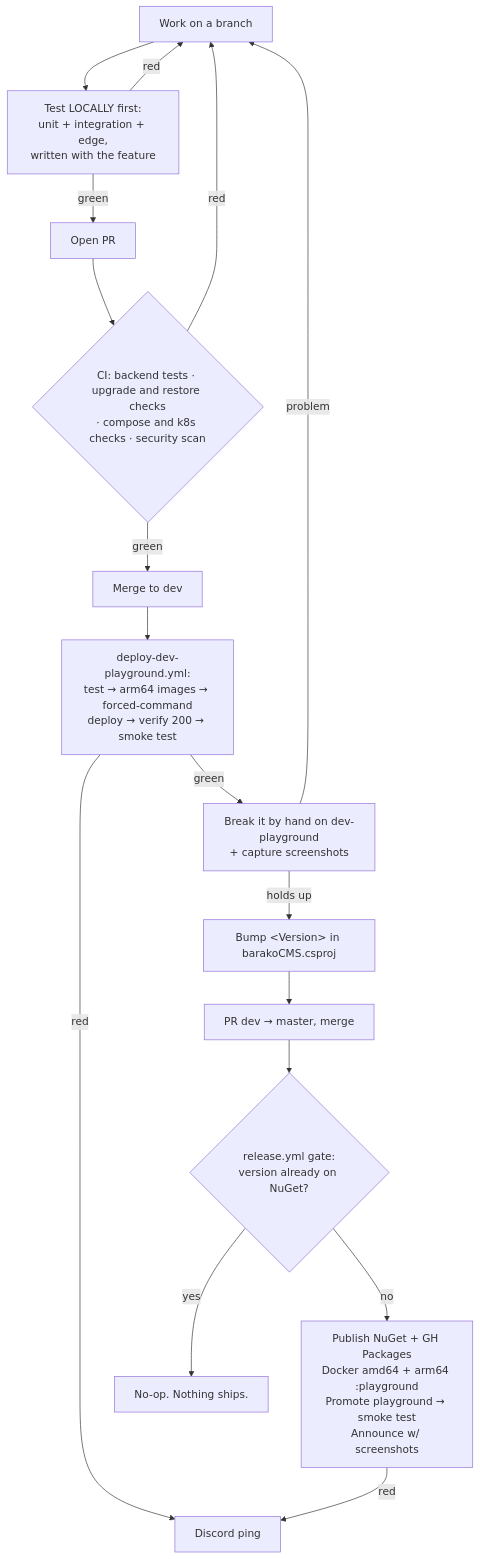
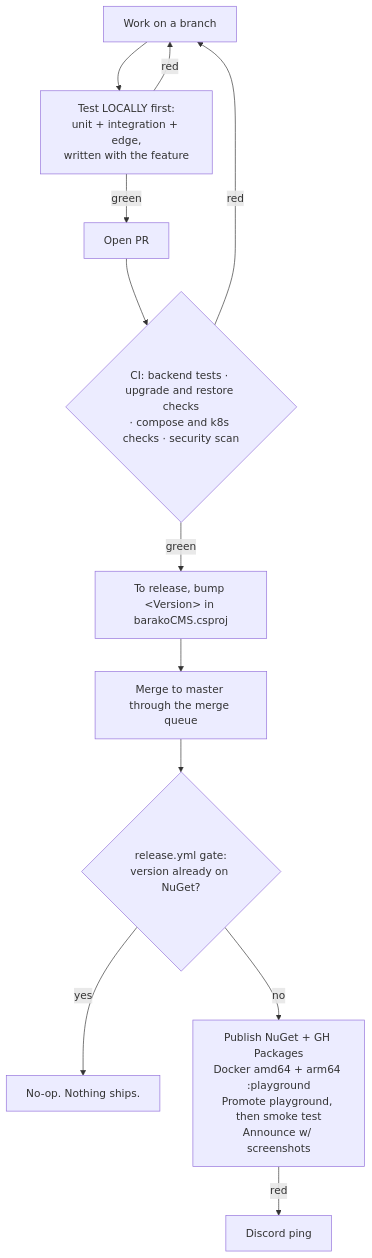
One commit to BaryoDev/barakoCMS changed the diagram in AI_DEVELOPMENT_LIFECYCLE.md. Above: the diagram before and after it, drawn with Mermaid. The commit also changed other lines of this file and 8 other files, not shown here.

````diff
--- a/AI_DEVELOPMENT_LIFECYCLE.md
+++ b/AI_DEVELOPMENT_LIFECYCLE.md
@@ -69,19 +69,14 @@
 ```mermaid
 flowchart TD
     A[Work on a branch] --> Z[Test LOCALLY first:<br/>unit + integration + edge,<br/>written with the feature]
     Z -- red --> A
     Z -- green --> B[Open PR]
     B --> C{CI: backend tests · upgrade and restore checks<br/>· compose and k8s checks · security scan}
     C -- red --> A
-    C -- green --> D[Merge to dev]
-    D --> E[deploy-dev-playground.yml:<br/>test → arm64 images → forced-command<br/>deploy → verify 200 → smoke test]
-    E -- red --> P[Discord ping]
-    E -- green --> F[Break it by hand on dev-playground<br/>+ capture screenshots]
-    F -- problem --> A
-    F -- holds up --> G[Bump &lt;Version&gt; in barakoCMS.csproj]
-    G --> H[PR dev → master, merge]
+    C -- green --> G[To release, bump &lt;Version&gt; in barakoCMS.csproj]
+    G --> H[Merge to master through the merge queue]
     H --> I{release.yml gate:<br/>version already on NuGet?}
     I -- yes --> J[No-op. Nothing ships.]
-    I -- no --> K[Publish NuGet + GH Packages<br/>Docker amd64 + arm64 :playground<br/>Promote playground → smoke test<br/>Announce w/ screenshots]
-    K -- red --> P
+    I -- no --> K[Publish NuGet + GH Packages<br/>Docker amd64 + arm64 :playground<br/>Promote playground, then smoke test<br/>Announce w/ screenshots]
+    K -- red --> P[Discord ping]
 ```
````
